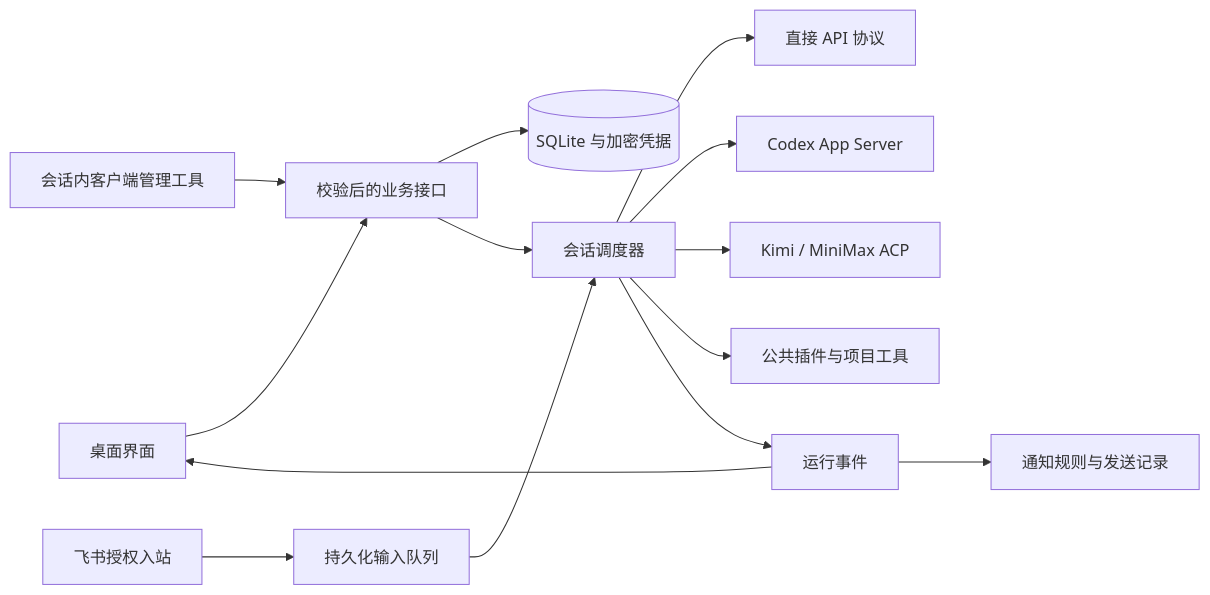
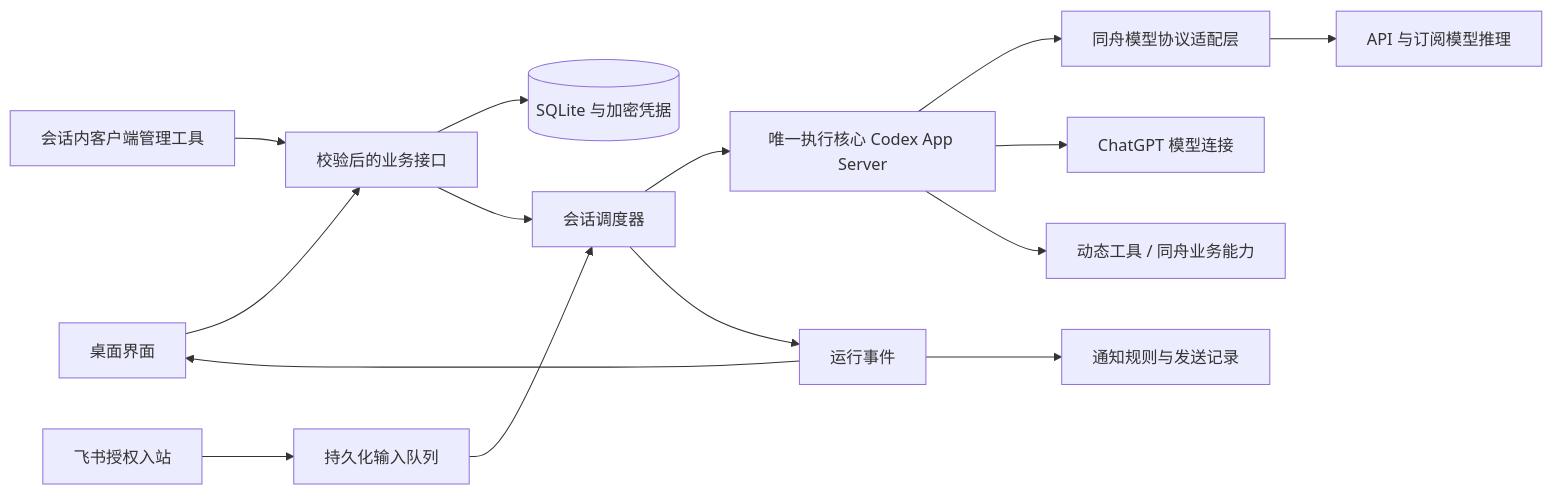
The diagram in docs/ARCHITECTURE.md (OrenZhang/tongzhou), drawn with Mermaid before and after one commit. The commit also changed other lines of this file and 460 other files, not shown here.

````diff
--- a/docs/ARCHITECTURE.md
+++ b/docs/ARCHITECTURE.md
@@ -7,16 +7,17 @@
 ```mermaid
 flowchart LR
   UI[桌面界面] --> Commands[校验后的业务接口]
   Chat[会话内客户端管理工具] --> Commands
   Channel[飞书授权入站] --> Queue[持久化输入队列]
   Commands --> Store[(SQLite 与加密凭据)]
   Commands --> Runtime[会话调度器]
   Queue --> Runtime
-  Runtime --> API[直接 API 协议]
-  Runtime --> Codex[Codex App Server]
-  Runtime --> ACP[Kimi / MiniMax ACP]
-  Runtime --> Tools[公共插件与项目工具]
+  Runtime --> Codex[唯一执行核心 Codex App Server]
+  Codex --> Gateway[同舟模型协议适配层]
+  Gateway --> API[API 与订阅模型推理]
+  Codex --> ChatGPT[ChatGPT 模型连接]
+  Codex --> Tools[动态工具 / 同舟业务能力]
   Runtime --> Events[运行事件]
   Events --> UI
   Events --> Notify[通知规则与发送记录]
 ```
````
